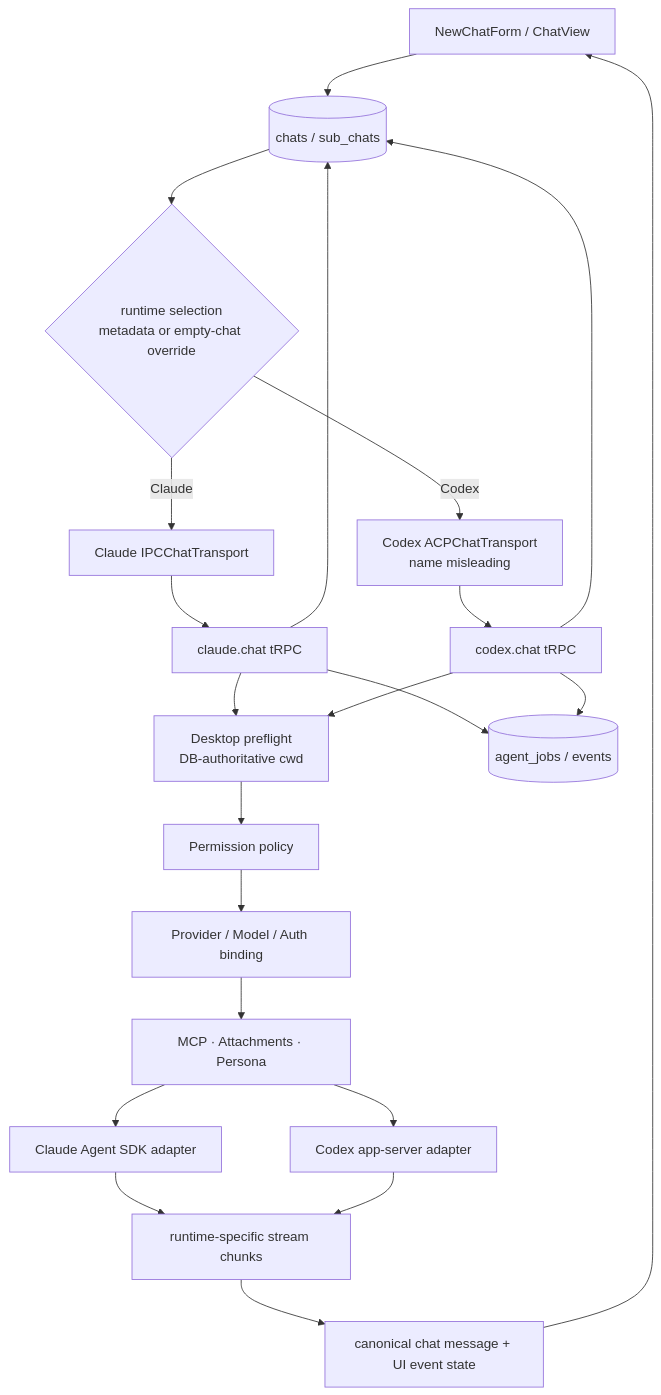
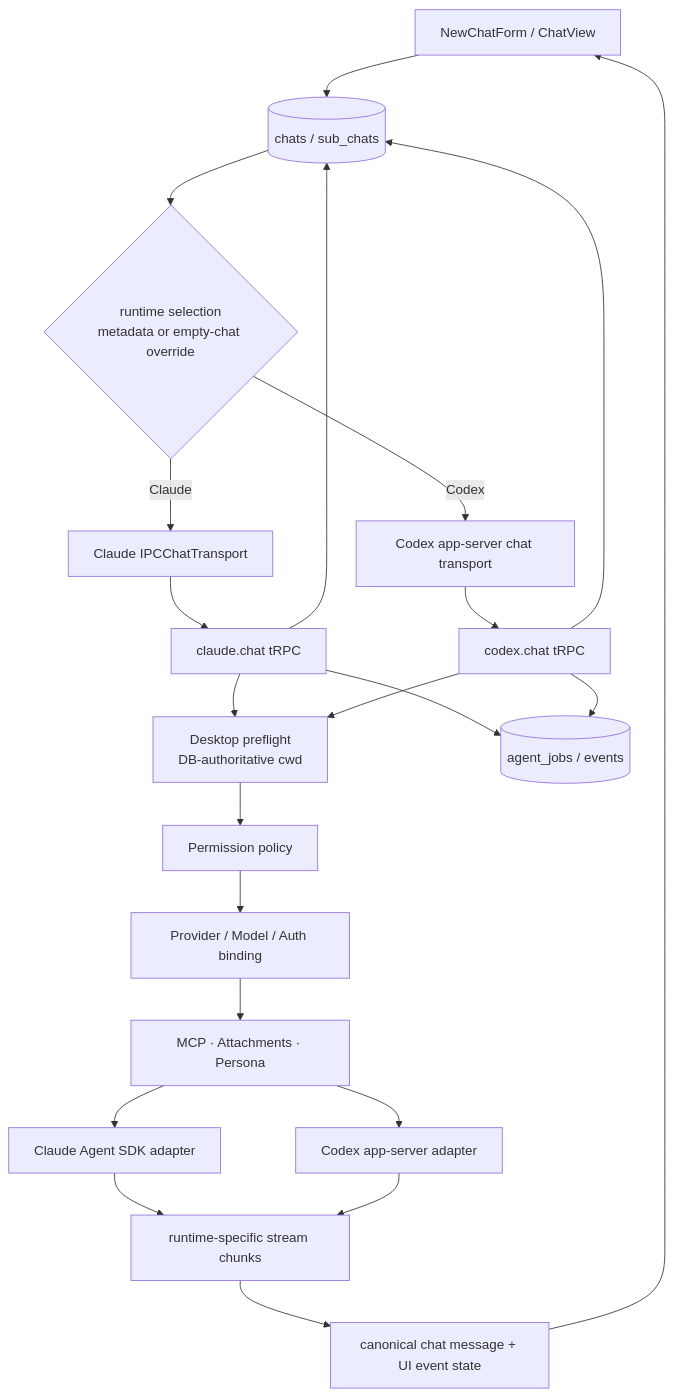
One commit to lupanpan1030/agent-code-for-me changed the third of 7 diagrams in docs/locus-architecture-strategy-handoff.zh-CN.md. Above: the diagram before and after it, drawn with Mermaid. The commit also changed other lines of this file and 66 other files, not shown here.

````diff
--- a/docs/locus-architecture-strategy-handoff.zh-CN.md
+++ b/docs/locus-architecture-strategy-handoff.zh-CN.md
@@ -425,41 +430,41 @@
 ```mermaid
 flowchart TD
     UI["NewChatForm / ChatView"]
     DBCHAT[("chats / sub_chats")]
     INFER{"runtime selection\nmetadata or empty-chat override"}
     CT["Claude IPCChatTransport"]
-    XT["Codex ACPChatTransport\nname misleading"]
+    XT["Codex app-server chat transport"]
     CR["claude.chat tRPC"]
     XR["codex.chat tRPC"]
     PREFLIGHT["Desktop preflight\nDB-authoritative cwd"]
     POLICY["Permission policy"]
     ROUTE["Provider / Model / Auth binding"]
     SNAPSHOT["MCP · Attachments · Persona"]
     CA["Claude Agent SDK adapter"]
     XA["Codex app-server adapter"]
     STREAM["runtime-specific stream chunks"]
     CANON["canonical chat message + UI event state"]
     JOB[("agent_jobs / events")]
 
     UI --> DBCHAT
     DBCHAT --> INFER
     INFER -->|Claude| CT
     INFER -->|Codex| XT
     CT --> CR
     XT --> XR
     CR --> PREFLIGHT
     XR --> PREFLIGHT
     PREFLIGHT --> POLICY
     POLICY --> ROUTE
     ROUTE --> SNAPSHOT
     SNAPSHOT --> CA
     SNAPSHOT --> XA
     CA --> STREAM
     XA --> STREAM
     STREAM --> CANON
     CANON --> UI
     CR --> DBCHAT
     XR --> DBCHAT
     CR --> JOB
     XR --> JOB
 ```
````
